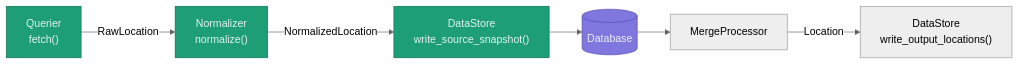
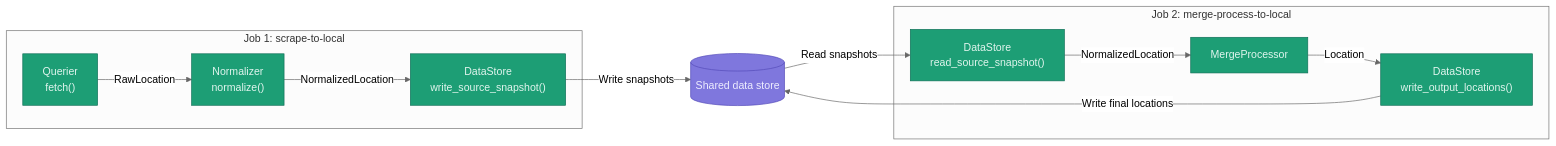
The diagram in etl/README.md (codeforboston/boston-circular-economy), drawn with Mermaid (neutral theme) before and after one commit.

Commit message:
udpate etl readme mermaid plot

````diff
--- a/etl/README.md
+++ b/etl/README.md
@@ -7,14 +7,22 @@
 ```mermaid
 flowchart LR
-    Q["Querier\nfetch()"] -->|RawLocation| N["Normalizer\nnormalize()"]
-    N -->|NormalizedLocation| I["DataStore\nwrite_source_snapshot()"]
-    I --> DB[(Database)]
-    DB --> M["MergeProcessor"]
-    M -->|Location| O["DataStore\nwrite_output_locations()"]
+    subgraph scrape["Job 1: scrape-to-local"]
+        Q["Querier<br/>fetch()"] -->|RawLocation| N["Normalizer<br/>normalize()"]
+        N -->|NormalizedLocation| I["DataStore<br/>write_source_snapshot()"]
+    end
+
+    subgraph merge["Job 2: merge-process-to-local"]
+        R["DataStore<br/>read_source_snapshot()"] -->|NormalizedLocation| M["MergeProcessor"]
+        M -->|Location| O["DataStore<br/>write_output_locations()"]
+    end
+
+    I -->|Write snapshots| DB[(Shared data store)]
+    DB -->|Read snapshots| R
+    O -->|Write final locations| DB
 
     classDef source fill:#1D9E75,stroke:#0F6E56,color:#E1F5EE
     classDef sourceTable fill:#7F77DD,stroke:#534AB7,color:#EEEDFE
 
-    class Q,N,I source
+    class Q,N,I,R,M,O source
     class DB sourceTable
 ```
````
